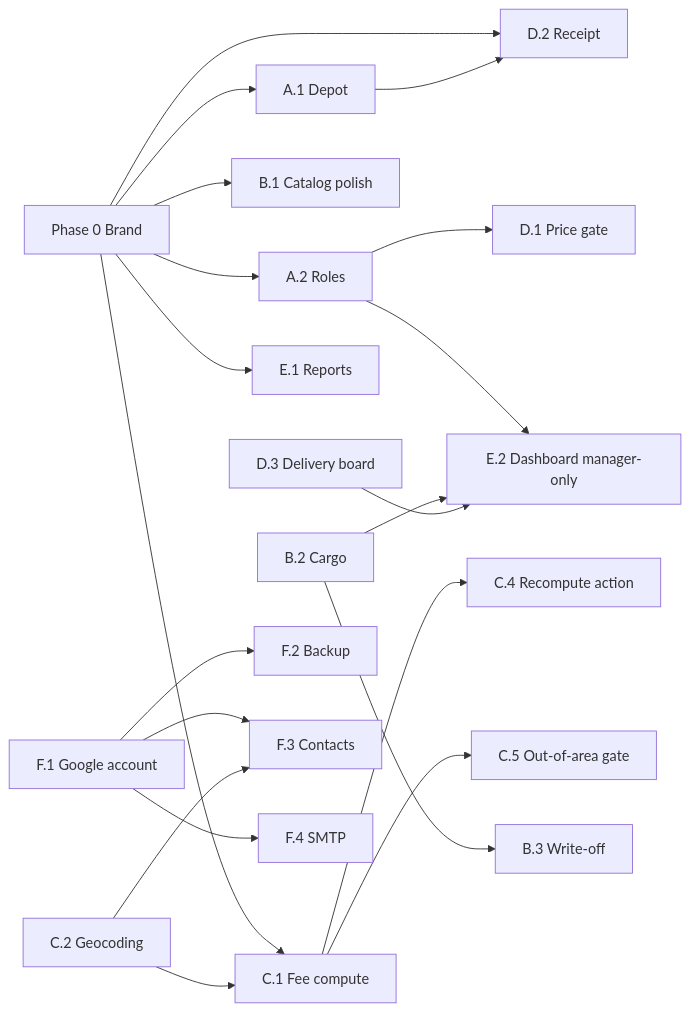
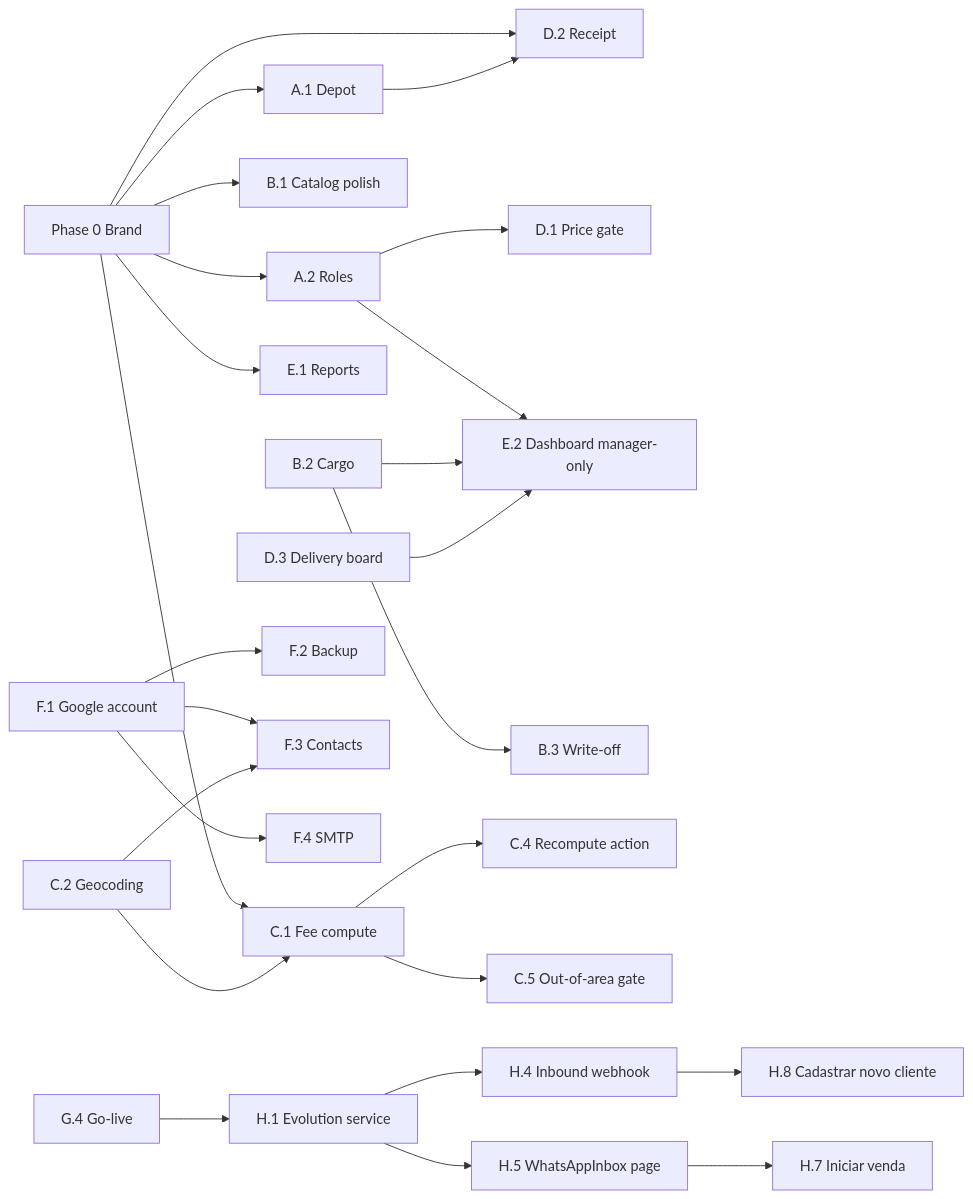
The diagram in docs/IMPLEMENTATION_PLAN.md (andersonoliveiraventurini/beverage-shop-manager), drawn with Mermaid before and after one commit. The commit also changed other lines of this file and 2 other files, not shown here.

First line of the commit message:
docs: register F18 WhatsApp Inbox (Evolution API) as Phase H / M8

````diff
--- a/docs/IMPLEMENTATION_PLAN.md
+++ b/docs/IMPLEMENTATION_PLAN.md
@@ -196,22 +220,27 @@
 ```mermaid
 flowchart LR
     P0[Phase 0 Brand] --> A1[A.1 Depot]
     P0 --> A2[A.2 Roles]
     P0 --> B1[B.1 Catalog polish]
     P0 --> C1[C.1 Fee compute]
     P0 --> D2[D.2 Receipt]
     P0 --> E1[E.1 Reports]
     A1 --> D2
     A2 --> D1[D.1 Price gate]
     A2 --> E2[E.2 Dashboard manager-only]
     B2[B.2 Cargo] --> B3[B.3 Write-off]
     B2 --> E2
     C1 --> C4[C.4 Recompute action]
     C1 --> C5[C.5 Out-of-area gate]
     C2[C.2 Geocoding] --> C1
     D3[D.3 Delivery board] --> E2
     F1[F.1 Google account] --> F2[F.2 Backup]
     F1 --> F3[F.3 Contacts]
     F1 --> F4[F.4 SMTP]
     C2 --> F3
+    G4[G.4 Go-live] --> H1[H.1 Evolution service]
+    H1 --> H4[H.4 Inbound webhook]
+    H1 --> H5[H.5 WhatsAppInbox page]
+    H5 --> H7[H.7 Iniciar venda]
+    H4 --> H8[H.8 Cadastrar novo cliente]
 ```
````
